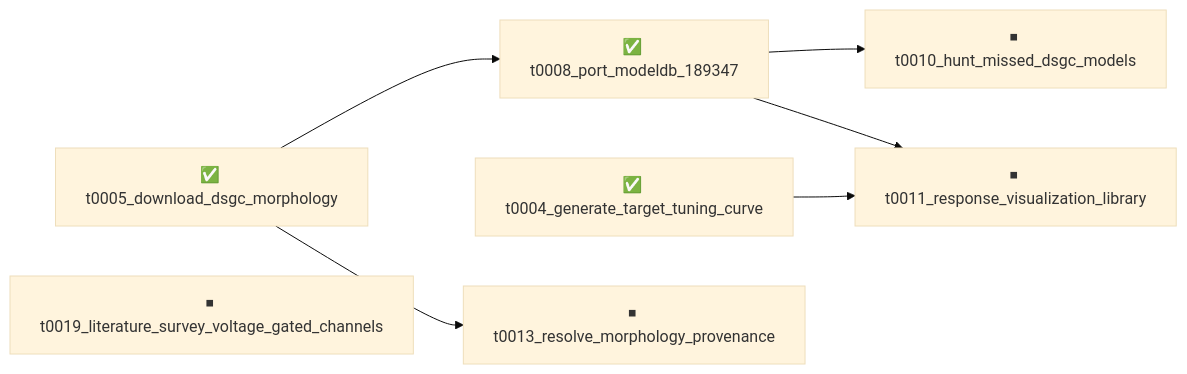
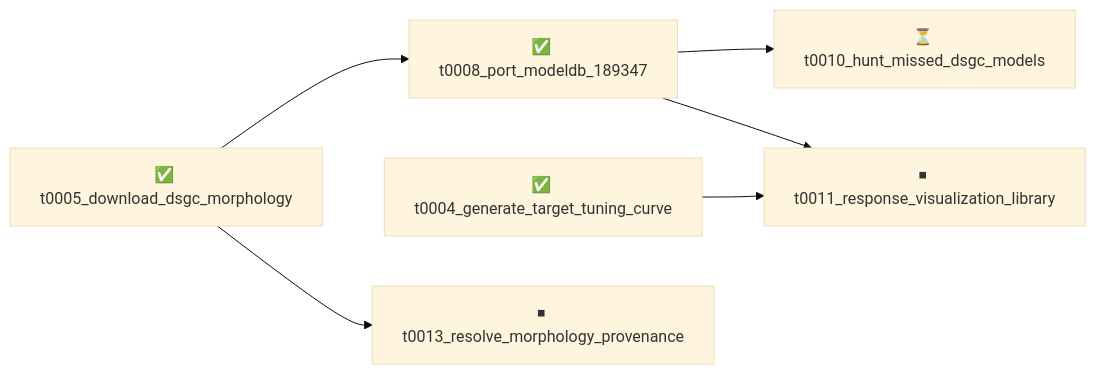
The diagram in overview/tasks/README.md (tonza17/neuron-channels), drawn with Mermaid (base theme) before and after one commit. The commit also changed other lines of this file and 50 other files, not shown here.

Commit message:
overview: refresh after t0019_literature_survey_voltage_gated_channels merge

````diff
--- a/overview/tasks/README.md
+++ b/overview/tasks/README.md
@@ -12,16 +13,15 @@
 ```mermaid
 graph LR
     t0004_generate_target_tuning_curve["✅ t0004_generate_target_tuning_curve"]
     t0005_download_dsgc_morphology["✅ t0005_download_dsgc_morphology"]
     t0008_port_modeldb_189347["✅ t0008_port_modeldb_189347"]
-    t0010_hunt_missed_dsgc_models["⏹ t0010_hunt_missed_dsgc_models"]
+    t0010_hunt_missed_dsgc_models["⏳ t0010_hunt_missed_dsgc_models"]
     t0011_response_visualization_library["⏹ t0011_response_visualization_library"]
     t0013_resolve_morphology_provenance["⏹ t0013_resolve_morphology_provenance"]
-    t0019_literature_survey_voltage_gated_channels["⏹ t0019_literature_survey_voltage_gated_channels"]
 
     t0005_download_dsgc_morphology --> t0008_port_modeldb_189347
     t0008_port_modeldb_189347 --> t0010_hunt_missed_dsgc_models
     t0004_generate_target_tuning_curve --> t0011_response_visualization_library
     t0008_port_modeldb_189347 --> t0011_response_visualization_library
     t0005_download_dsgc_morphology --> t0013_resolve_morphology_provenance
 ```
````
